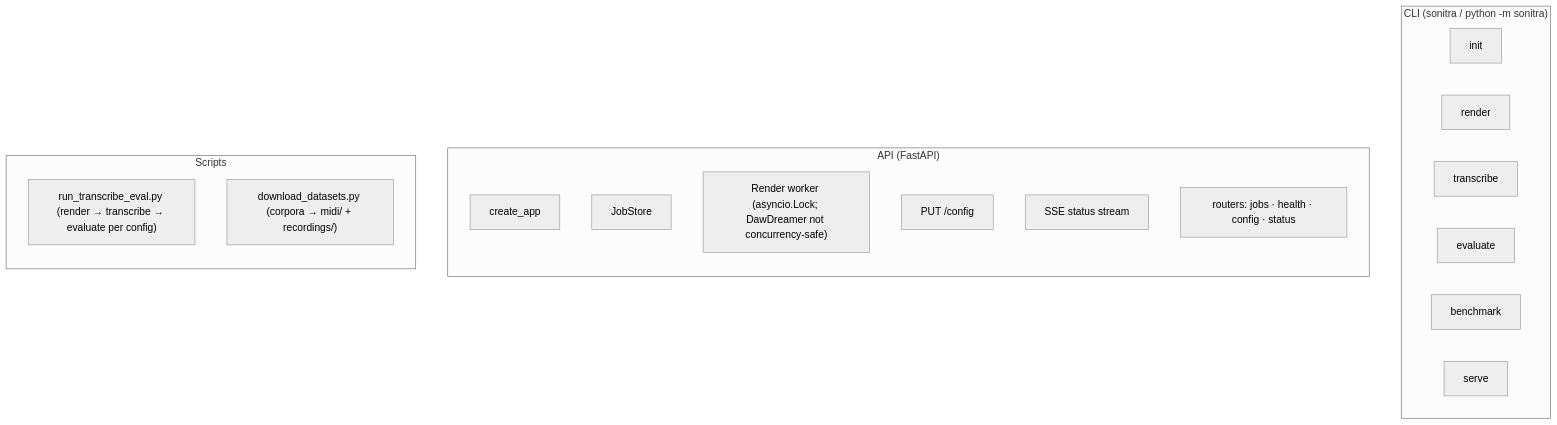
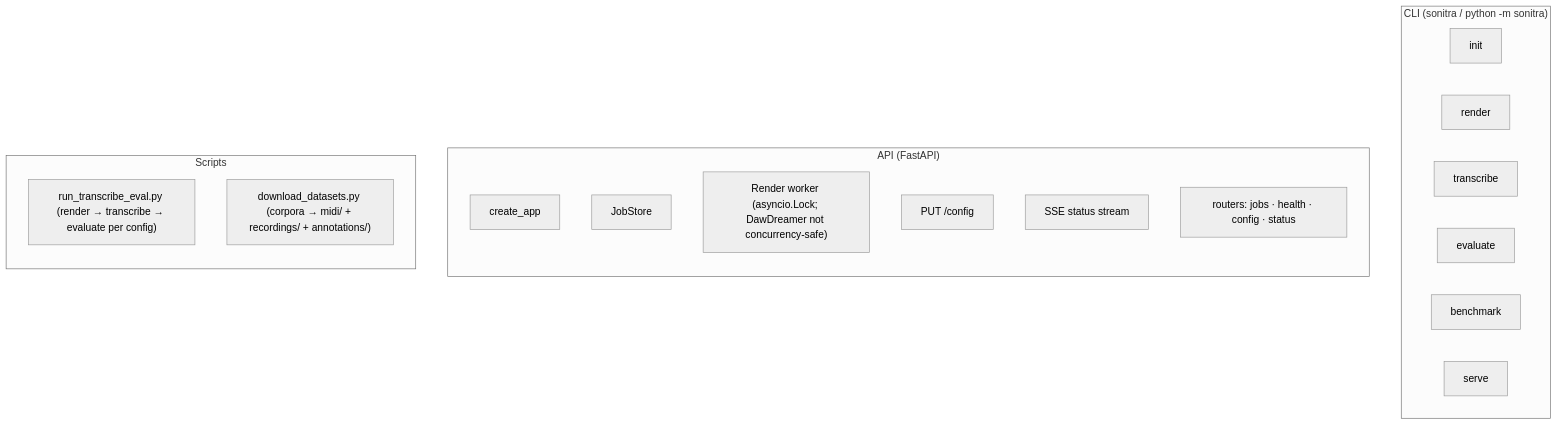
One commit to dadmaan/sonitra changed the eighth of 10 diagrams in ARCHITECTURE.md. Above: the diagram before and after it, drawn with Mermaid (neutral theme). The commit also changed 13 other files, not shown here.

````diff
--- a/ARCHITECTURE.md
+++ b/ARCHITECTURE.md
@@ -186,28 +186,28 @@
 ```mermaid
 flowchart TB
     subgraph cli["CLI (sonitra / python -m sonitra)"]
         direction LR
         init["init"]
         render["render"]
         tx["transcribe"]
         ev["evaluate"]
         bm["benchmark"]
         serve["serve"]
     end
 
     subgraph api["API (FastAPI)"]
         direction TB
         app["create_app"]
         store["JobStore"]
         worker["Render worker (asyncio.Lock; DawDreamer not concurrency-safe)"]
         cfgapi["PUT /config"]
         sse["SSE status stream"]
         routers["routers: jobs · health · config · status"]
     end
 
     subgraph scripts["Scripts"]
         direction TB
         batch["run_transcribe_eval.py (render → transcribe → evaluate per config)"]
-        dl["download_datasets.py (corpora → midi/ + recordings/)"]
+        dl["download_datasets.py (corpora → midi/ + recordings/ + annotations/)"]
     end
 ```
````
